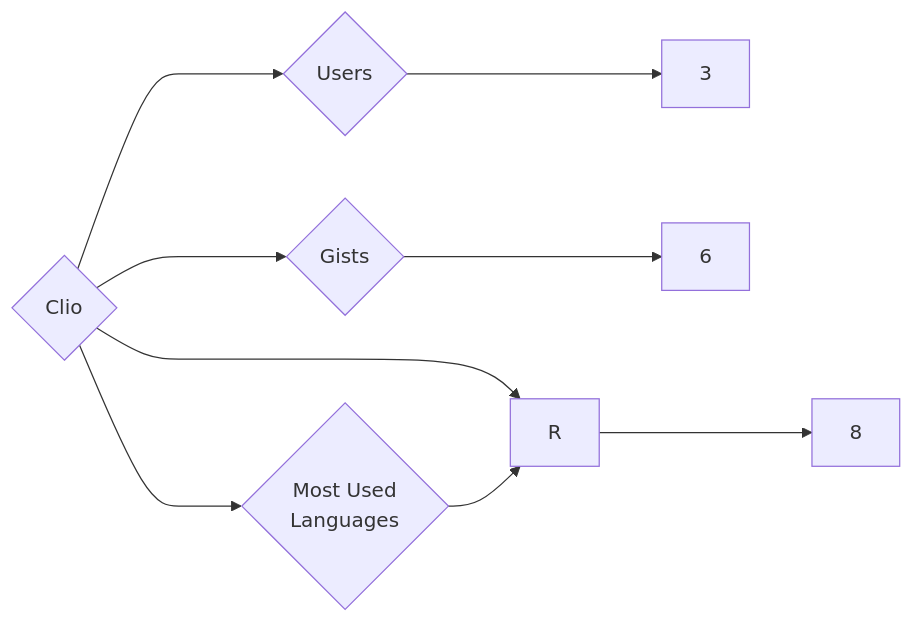
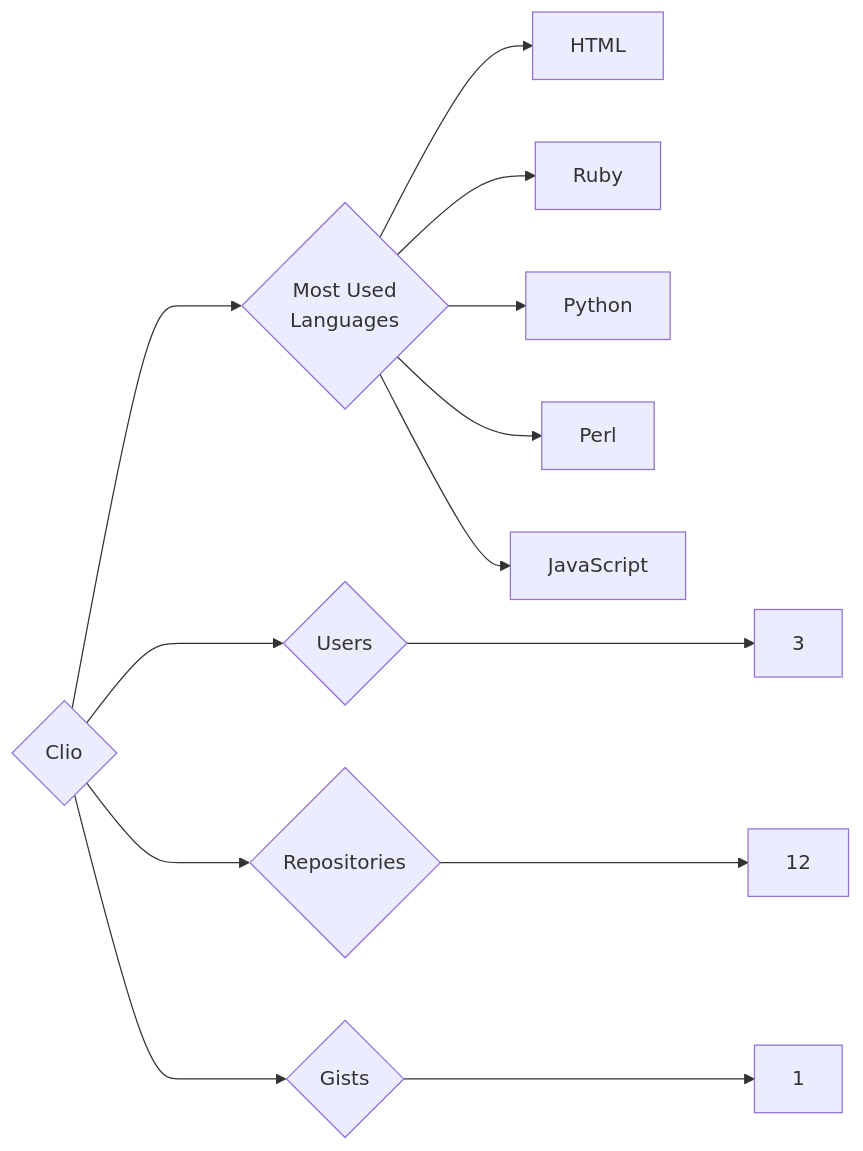
One commit to trickest/insiders changed the diagram in targets/Clio/README.md. Above: the diagram before and after it, drawn with Mermaid. The commit also changed 1003 other files, not shown here.

````diff
--- a/targets/Clio/README.md
+++ b/targets/Clio/README.md
@@ -3,9 +3,13 @@
 ```mermaid
 graph LR
 COMPANY_NAME{Clio}
 COMPANY_NAME ---> U{Users} ---> UN[3]
-COMPANY_NAME ---> R{Repositories} ---> RN[8]
-COMPANY_NAME ---> G{Gists} ---> GN[6]
+COMPANY_NAME ---> R{Repositories} ---> RN[12]
+COMPANY_NAME ---> G{Gists} ---> GN[1]
 COMPANY_NAME ---> ML{Most Used<br>Languages}
-ML --> R[R]
+ML --> HTML[HTML]
+ML --> Ruby[Ruby]
+ML --> Python[Python]
+ML --> Perl[Perl]
+ML --> JavaScript[JavaScript]
 ```
````
